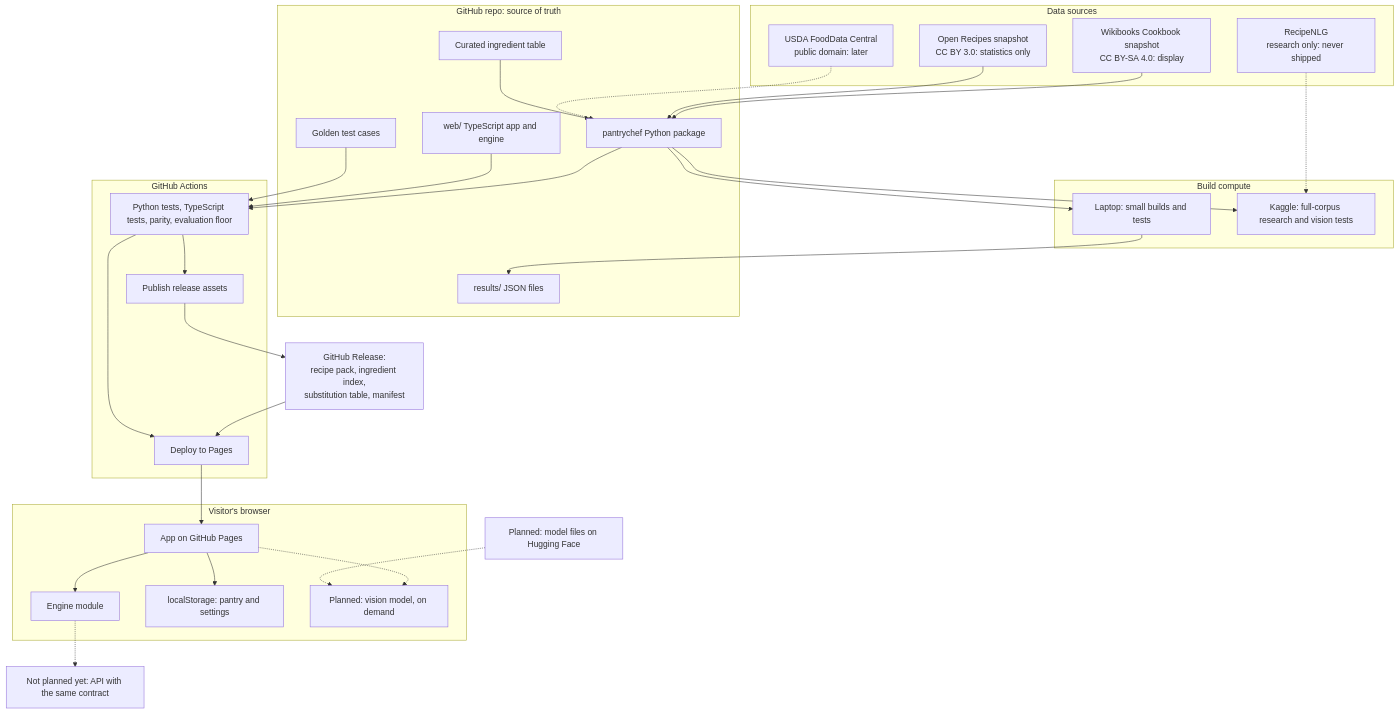
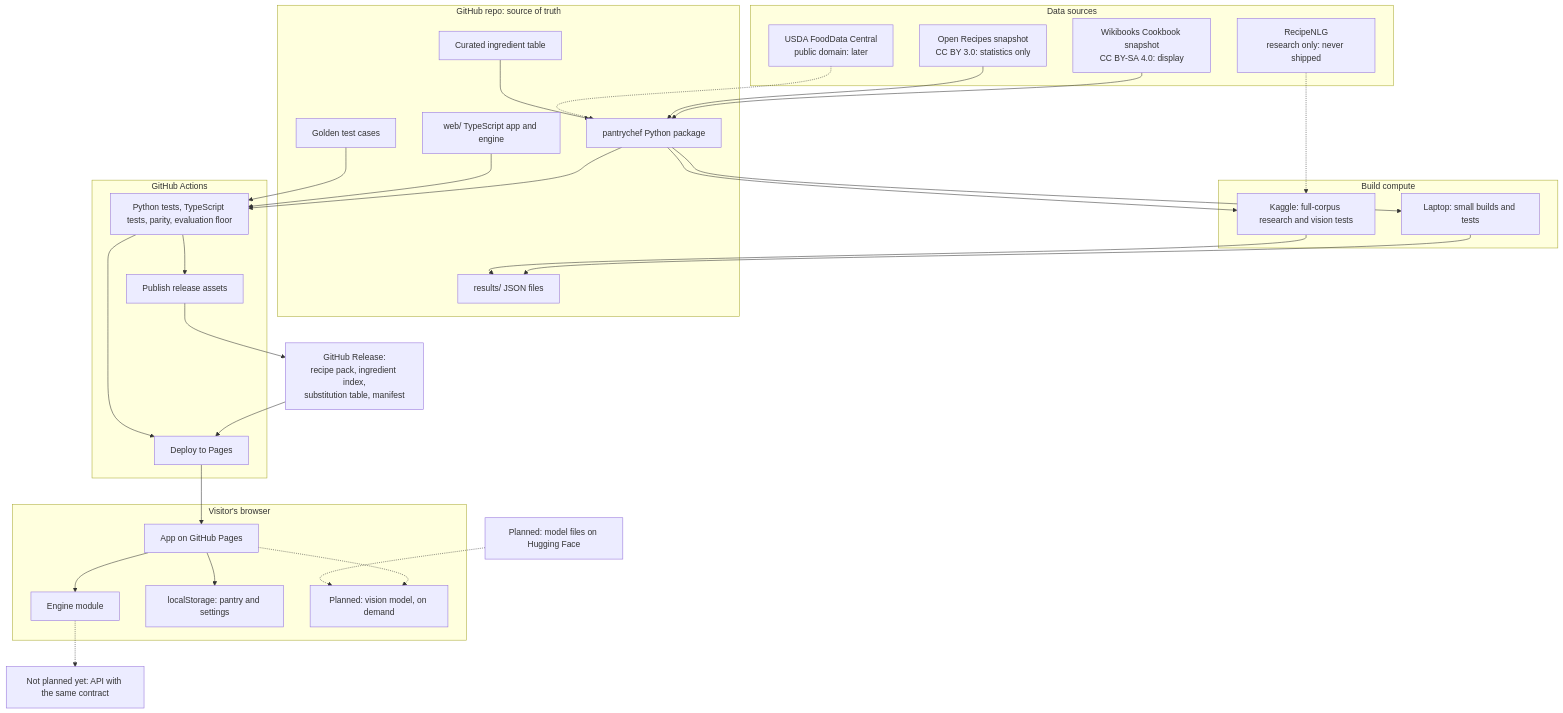
One commit to aritr-codes/PantryChef- changed the first of 2 diagrams in docs/ARCHITECTURE_PROPOSAL.md. Above: the diagram before and after it, drawn with Mermaid. The commit also changed other lines of this file and 15 other files, not shown here.

First line of the commit message:
docs: make README and architecture honest, add licences and ADR 0006

````diff
--- a/docs/ARCHITECTURE_PROPOSAL.md
+++ b/docs/ARCHITECTURE_PROPOSAL.md
@@ -22,61 +22,62 @@
 ```mermaid
 flowchart TB
   subgraph Sources["Data sources"]
     WB["Wikibooks Cookbook snapshot<br/>CC BY-SA 4.0: display"]
     OR["Open Recipes snapshot<br/>CC BY 3.0: statistics only"]
     USDA["USDA FoodData Central<br/>public domain: later"]
     RNLG["RecipeNLG<br/>research only: never shipped"]
   end
 
   subgraph Repo["GitHub repo: source of truth"]
     TABLE["Curated ingredient table"]
     PKG["pantrychef Python package"]
     WEB["web/ TypeScript app and engine"]
     GOLD["Golden test cases"]
     RES["results/ JSON files"]
   end
 
   subgraph Compute["Build compute"]
     LOCAL["Laptop: small builds and tests"]
     KAGGLE["Kaggle: full-corpus research and vision tests"]
   end
 
   subgraph CI["GitHub Actions"]
     TEST["Python tests, TypeScript tests, parity, evaluation floor"]
     REL["Publish release assets"]
     DEPLOY["Deploy to Pages"]
   end
 
   ART["GitHub Release:<br/>recipe pack, ingredient index,<br/>substitution table, manifest"]
 
   subgraph Browser["Visitor's browser"]
     UI["App on GitHub Pages"]
     WORKER["Engine module"]
     STORE["localStorage: pantry and settings"]
     VISION["Planned: vision model, on demand"]
   end
 
   CDN["Planned: model files on Hugging Face"]
   API["Not planned yet: API with the same contract"]
 
   WB --> PKG
   OR --> PKG
   USDA -.-> PKG
   RNLG -.-> KAGGLE
   TABLE --> PKG
   PKG --> LOCAL
   PKG --> KAGGLE
   LOCAL --> RES
+  KAGGLE --> RES
   PKG --> TEST
   WEB --> TEST
   GOLD --> TEST
   TEST --> REL --> ART
   ART --> DEPLOY
   TEST --> DEPLOY
   DEPLOY --> UI
   UI --> WORKER
   UI --> STORE
   UI -.-> VISION
   CDN -.-> VISION
   WORKER -.-> API
 ```
````
